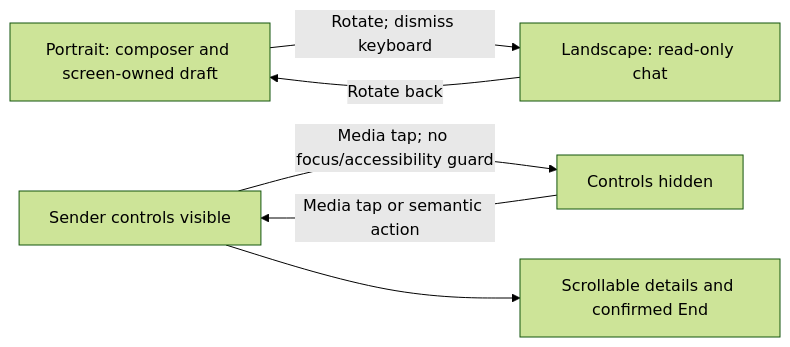
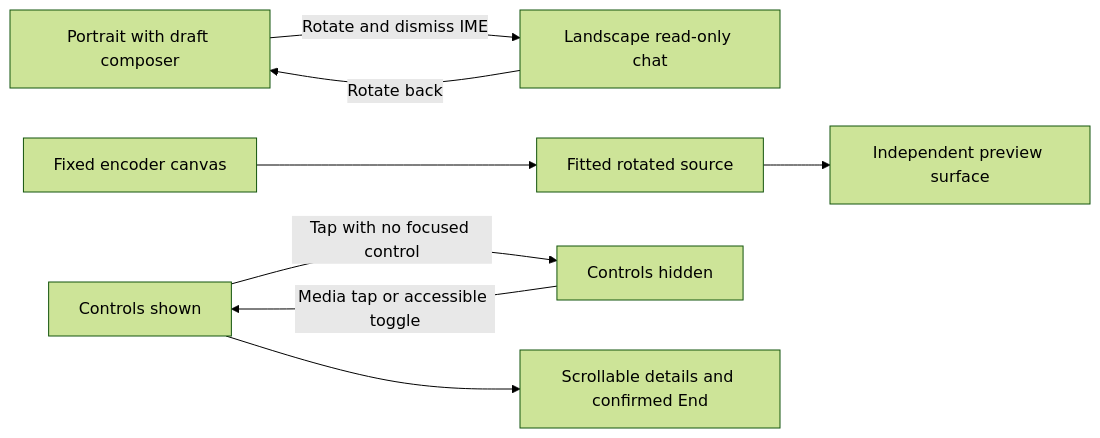
The second of 2 diagrams in brief/evidence/2026-09-26/p6s-wave4v2/REPAIR_REPORT.md (ameeralhatemi67-debug/Stream_application), drawn with Mermaid (forest theme) before and after one commit. The commit also changed other lines of this file and 47 other files, not shown here.

````diff
--- a/brief/evidence/2026-09-26/p6s-wave4v2/REPAIR_REPORT.md
+++ b/brief/evidence/2026-09-26/p6s-wave4v2/REPAIR_REPORT.md
@@ -35,8 +42,10 @@
 ```mermaid
 flowchart LR
-  P[Portrait: composer and screen-owned draft] -->|Rotate; dismiss keyboard| L[Landscape: read-only chat]
-  L -->|Rotate back| P
-  V[Sender controls visible] -->|Media tap; no focus/accessibility guard| H[Controls hidden]
-  H -->|Media tap or semantic action| V
-  V --> S[Scrollable details and confirmed End]
+  P[Portrait with draft composer] -->|Rotate and dismiss IME| Q[Landscape read-only chat]
+  Q -->|Rotate back| P
+  C[Fixed encoder canvas] --> F[Fitted rotated source]
+  F --> U[Independent preview surface]
+  V[Controls shown] -->|Tap with no focused control| H[Controls hidden]
+  H -->|Media tap or accessible toggle| V
+  V --> D[Scrollable details and confirmed End]
 ```
````
